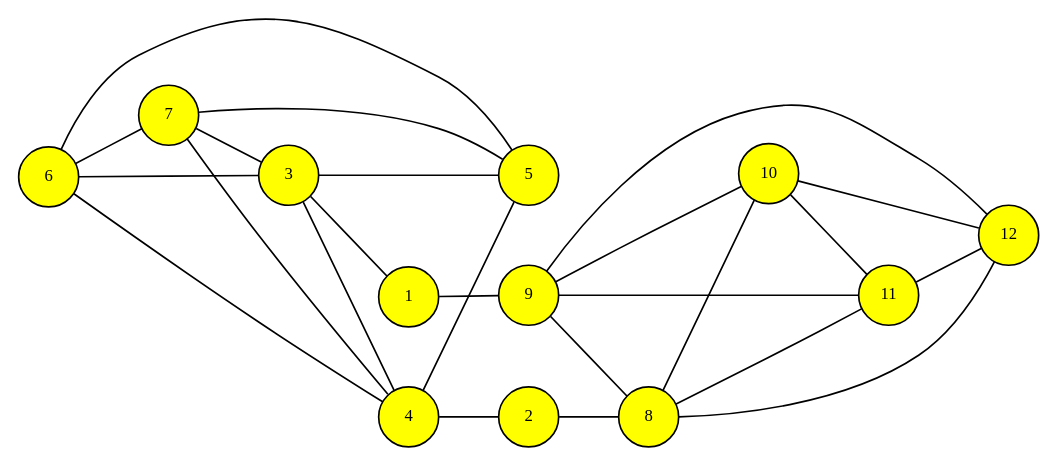
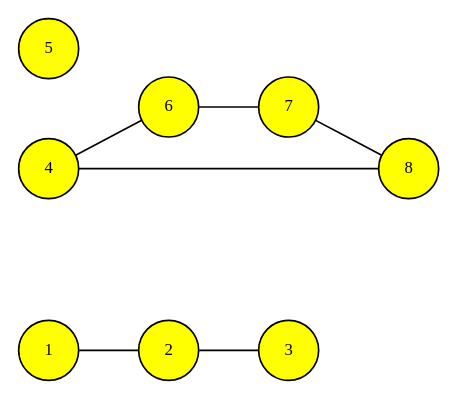
Before and after one commit to Eliezer-Beczi/CNDP: the diagram in original.gv, drawn with Graphviz. The commit also changed 9 other files, not shown here.

```diff
--- a/original.gv
+++ b/original.gv
@@ -1,41 +1,19 @@
 digraph G {
 	graph [compound=true fontsize=10 nodesep=0.5 rankdir=LR ranksep=0.5]
 	node [fillcolor=yellow fontsize=10 shape=circle style=filled]
 	edge [dir=none]
+	1
+	2
+	3
+	4
 	6
 	7
-	3
-	4
+	8
 	5
-	1
-	2
-	9
-	8
-	10
-	11
-	12
+	1 -> 2
+	2 -> 3
+	4 -> 6
+	4 -> 8
 	6 -> 7
-	6 -> 3
-	6 -> 4
-	6 -> 5
-	7 -> 5
-	7 -> 4
-	7 -> 3
-	3 -> 5
-	3 -> 4
-	3 -> 1
-	4 -> 5
-	4 -> 2
-	1 -> 9
-	2 -> 8
-	9 -> 8
-	9 -> 10
-	9 -> 11
-	9 -> 12
-	8 -> 10
-	8 -> 11
-	8 -> 12
-	10 -> 12
-	10 -> 11
-	11 -> 12
+	7 -> 8
 }
```
